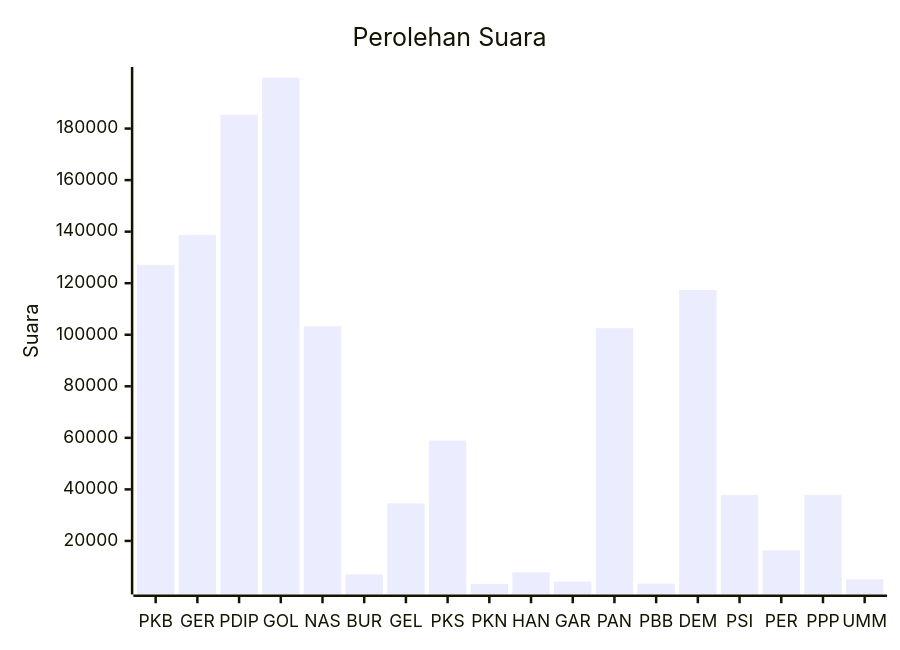
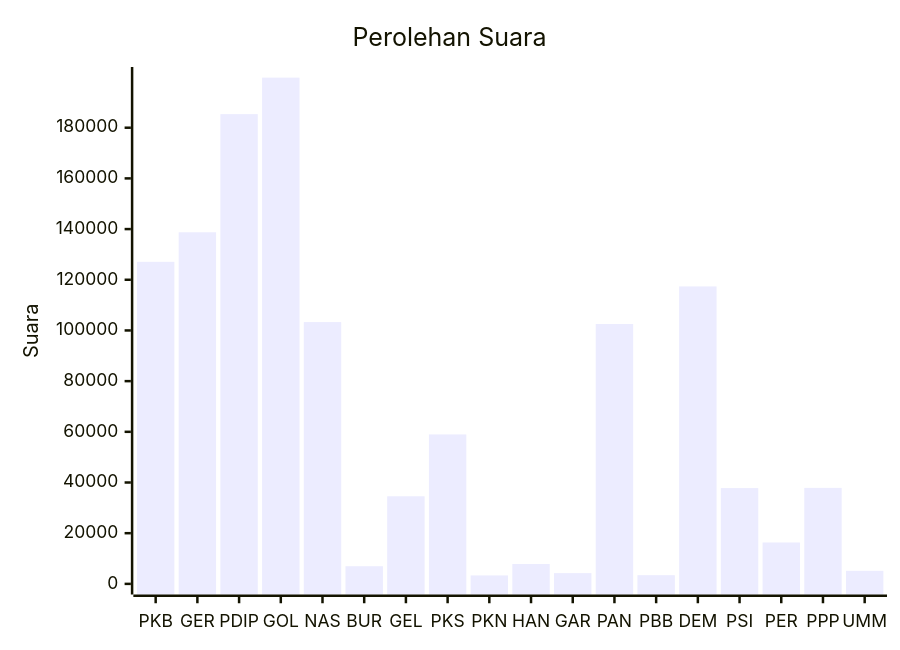
One commit to gigit-pemilu/pemilu-2024 changed the diagram in pileg-dpr/hitung-suara/sub/table-wilayah-15.md. Above: the diagram before and after it, drawn with Mermaid. The commit also changed 57 other files, not shown here.

````diff
--- a/pileg-dpr/hitung-suara/sub/table-wilayah-15.md
+++ b/pileg-dpr/hitung-suara/sub/table-wilayah-15.md
@@ -7,7 +7,7 @@
 ```mermaid
 xychart-beta
     title "Perolehan Suara"
     x-axis [PKB, GER, PDIP, GOL, NAS, BUR, GEL, PKS, PKN, HAN, GAR, PAN, PBB, DEM, PSI, PER, PPP, UMM]
-    y-axis "Suara"
+    y-axis "Suara" 0 --> 199763
     bar [127087, 138731, 185354, 199763, 103301, 6972, 34557, 58964, 3332, 7829, 4243, 102550, 3428, 117378, 37807, 16329, 37871, 5142]
 ```
````
